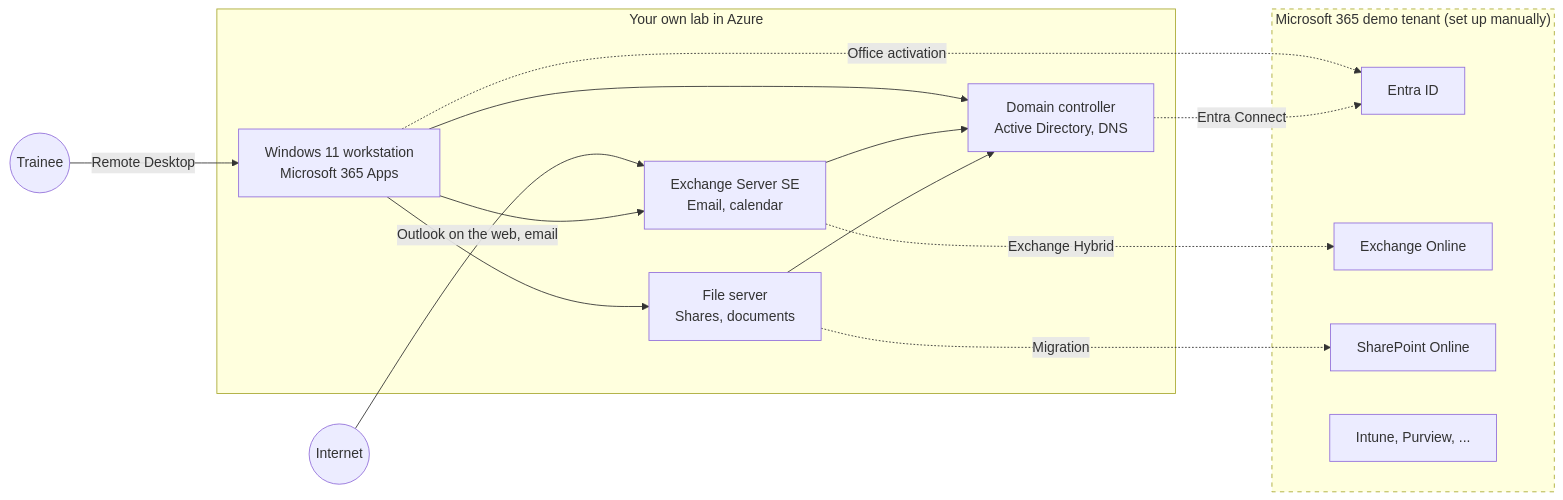
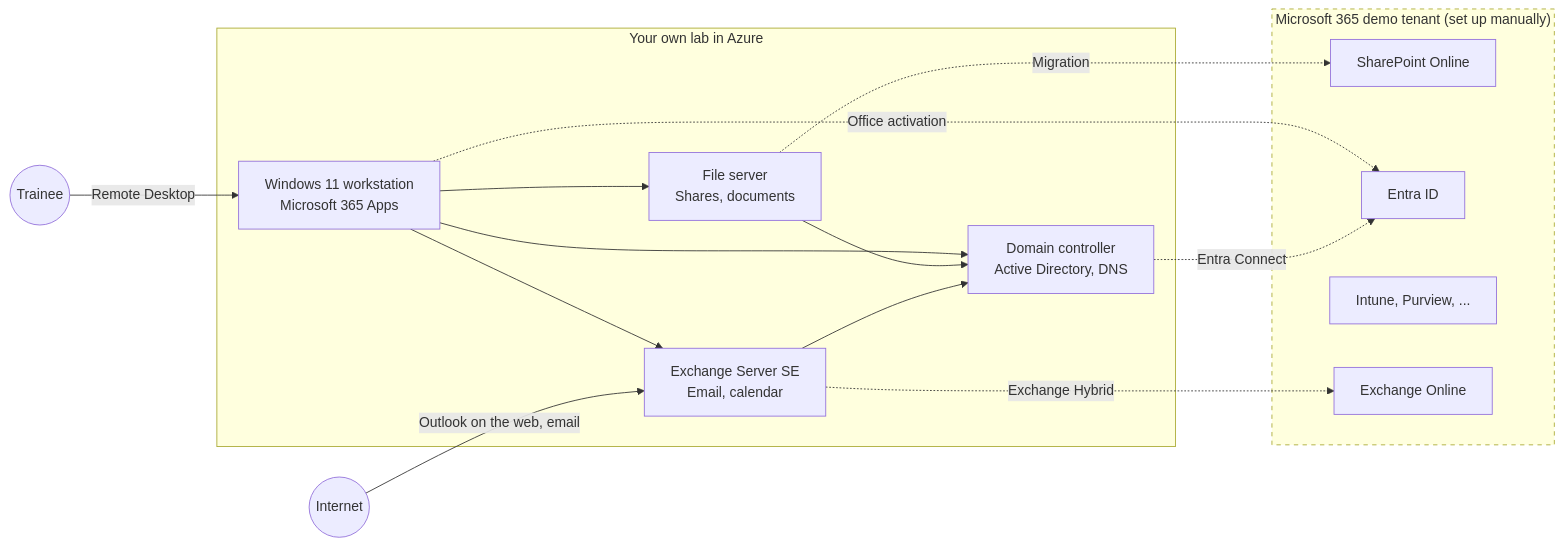
Before and after one commit to sredlin/TraineeLab: the first of 2 diagrams in readme.md, drawn with Mermaid. The commit also changed other lines of this file, not shown here.

First line of the commit message:
docs(readme): order diagram nodes so the internet edge does not cross

````diff
--- a/readme.md
+++ b/readme.md
@@ -81,27 +81,27 @@
 ```mermaid
 flowchart LR
+    subgraph LAB[Your own lab in Azure]
+        CL[Windows 11 workstation<br/>Microsoft 365 Apps]
+        FS[File server<br/>Shares, documents]
+        DC[Domain controller<br/>Active Directory, DNS]
+        EX[Exchange Server SE<br/>Email, calendar]
+        CL --> FS
+        CL --> DC
+        CL --> EX
+        FS --> DC
+        EX --> DC
+    end
+    subgraph M365["Microsoft 365 demo tenant (set up manually)"]
+        SPO[SharePoint Online]
+        ENTRA[Entra ID]
+        MORE["Intune, Purview, ..."]
+        EXO[Exchange Online]
+    end
     TRAINEE((Trainee)) -->|Remote Desktop| CL
     INTERNET((Internet)) -->|Outlook on the web, email| EX
-    subgraph LAB[Your own lab in Azure]
-        CL[Windows 11 workstation<br/>Microsoft 365 Apps]
-        DC[Domain controller<br/>Active Directory, DNS]
-        EX[Exchange Server SE<br/>Email, calendar]
-        FS[File server<br/>Shares, documents]
-        CL --> EX
-        CL --> FS
-        CL --> DC
-        EX --> DC
-        FS --> DC
-    end
-    subgraph M365["Microsoft 365 demo tenant (set up manually)"]
-        ENTRA[Entra ID]
-        EXO[Exchange Online]
-        SPO[SharePoint Online]
-        MORE["Intune, Purview, ..."]
-    end
+    FS -.->|Migration| SPO
     CL -.->|Office activation| ENTRA
     DC -.->|Entra Connect| ENTRA
     EX -.->|Exchange Hybrid| EXO
-    FS -.->|Migration| SPO
     style M365 stroke-dasharray: 5 5
 ```
````
